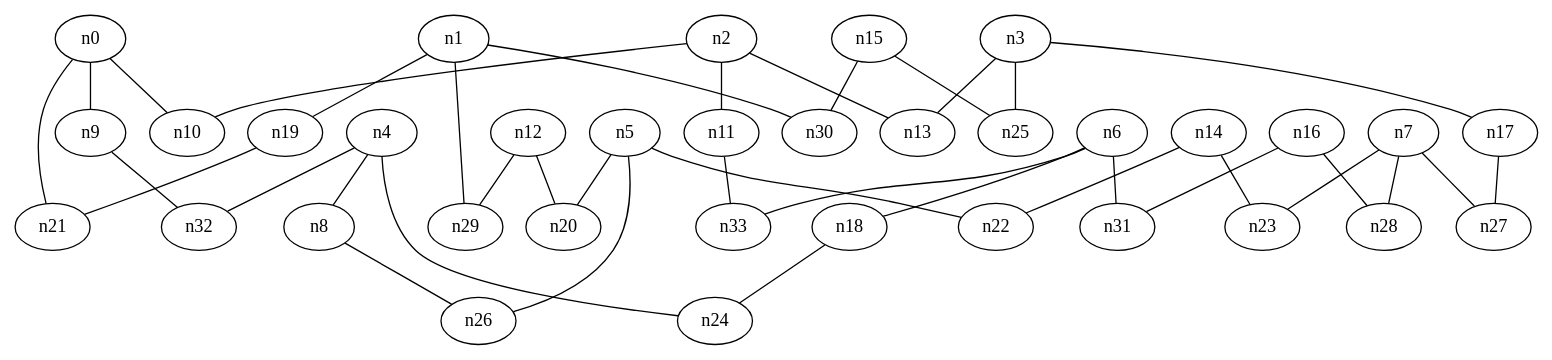
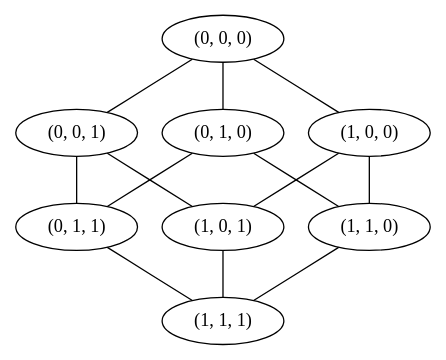
One commit to brendonu/spherical-mds changed the diagram in output_sphere.dot. Above: the diagram before and after it, drawn with Graphviz. The commit also changed 21 other files, not shown here.

```diff
--- a/output_sphere.dot
+++ b/output_sphere.dot
@@ -1,119 +1,30 @@
 strict graph "" {
-	graph [edge_default="{}",
-		node_default="{}"
-	];
-	n0	 [dim3pos="0.24912222517811086,-0.2990716829639484,-0.921137473654947",
-		pos="-9.824581520551899,5.40692164629644",
-		vertex_name="(0, 0, 0)"];
-	n9	 [dim3pos="-0.13599732686881416,0.4893242323921005,0.861432831205323",
-		pos="0.5327121213334638,14.408254047238728"];
-	n0 -- n9	 [id=e0];
-	n10	 [dim3pos="0.48075335898778887,-0.22414045667624602,-0.8477247569246295",
-		pos="-3.70070788362103,12.130104110622867"];
-	n0 -- n10	 [id=e1];
-	n21	 [dim3pos="-0.020625585117059777,0.02582507958138737,0.9994536760166496",
-		pos="0.033056731102192496,-4.038462641688265"];
-	n0 -- n21	 [id=e2];
-	n1	 [dim3pos="0.4361042139610057,-0.4740073700510341,0.7649379894493118",
-		pos="-0.6998512760115412,8.5977571372073",
-		vertex_name="(0, 0, 1)"];
-	n19	 [dim3pos="0.20914743614163606,-0.2631997288878523,0.9417978831303144",
-		pos="-0.34285748629130813,8.525442009627016"];
-	n1 -- n19	 [id=e23];
-	n29	 [dim3pos="-0.22202873942535323,0.7722922821647095,-0.5952040572593682",
-		pos="10.358054725816194,11.275517781257387"];
-	n1 -- n29	 [id=e3];
-	n30	 [dim3pos="0.6492717114147807,-0.2215600990754594,0.7275694930755373",
-		pos="-13.32239451641809,2.812739442877779"];
-	n1 -- n30	 [id=e4];
-	n2	 [dim3pos="0.5797272768399427,0.022217625477549727,-0.8145076191208305",
-		pos="-3.760509000663995,0.03830552496470252",
-		vertex_name="(0, 1, 0)"];
-	n2 -- n10	 [id=e14];
-	n11	 [dim3pos="0.8059326206131584,0.18556552166028165,-0.5621726142409949",
-		pos="-4.1153784790235095,6.509490574632997"];
-	n2 -- n11	 [id=e5];
-	n13	 [dim3pos="0.2938334032288958,0.10817928224507464,-0.9497153121014031",
-		pos="-9.743248860117117,0.35276523960291895"];
-	n2 -- n13	 [id=e6];
-	n3	 [dim3pos="-0.019836740859199533,-0.013020395263324264,-0.9997184468735544",
-		pos="15.731693684694774,0.5808456400960873",
-		vertex_name="(0, 1, 1)"];
-	n3 -- n13	 [id=e17];
-	n17	 [dim3pos="0.05974200219713707,0.09088343239844751,0.9940679528527987",
-		pos="-0.10897633969194924,4.130865847357839"];
-	n3 -- n17	 [id=e7];
-	n25	 [dim3pos="0.3145196010044266,0.12485673494731463,0.9410038343823645",
-		pos="5.937973604519765,3.519489423868963"];
-	n3 -- n25	 [id=e29];
-	n4	 [dim3pos="-0.32896013930432705,-0.43232281727883887,-0.8395726343854744",
-		pos="8.850477690624542,-2.221245376984263",
-		vertex_name="(1, 0, 0)"];
-	n8	 [dim3pos="-0.16185281943002144,-0.13251571718072497,-0.9778769091979987",
-		pos="9.214040458926966,3.8276576863735516"];
-	n4 -- n8	 [id=e8];
-	n24	 [dim3pos="-0.6184798226046324,-0.4575829027691288,-0.6388275167244445",
-		pos="-4.019415672897385,10.061751992052939"];
-	n4 -- n24	 [id=e9];
-	n32	 [dim3pos="0.10271379877792075,0.5343876941968413,0.8389753678336402",
-		pos="0.5753987752743595,-4.902281506479257"];
-	n4 -- n32	 [id=e36];
-	n5	 [dim3pos="0.4613326071352541,0.15970461693386648,-0.87273516081558",
-		pos="-2.6315735075311233,3.474861268007184",
-		vertex_name="(1, 0, 1)"];
-	n20	 [dim3pos="0.5639583120729921,0.45008304793298165,-0.6923700399404491",
-		pos="16.513991011659915,3.81516089862294"];
-	n5 -- n20	 [id=e24];
-	n22	 [dim3pos="-0.5240601865089345,0.07495200687864924,0.8483767545030236",
-		pos="-25.690626076658816,6.141126937743593"];
-	n5 -- n22	 [id=e10];
-	n26	 [dim3pos="-0.11481728955416169,-0.06537846112201592,0.9912328923319448",
-		pos="18.717042163273327,0.517625389421111"];
-	n5 -- n26	 [id=e30];
-	n6	 [dim3pos="-0.5475058983421688,0.7874509153383896,-0.2831224950675363",
-		pos="8.14102989225349,-4.1048318158535455",
-		vertex_name="(1, 1, 0)"];
-	n18	 [dim3pos="0.9044369624765205,0.16386503929158952,0.39388073043017835",
-		pos="-5.117238806151077,6.462420068175046"];
-	n6 -- n18	 [id=e22];
-	n31	 [dim3pos="-0.3777929683904961,0.7054874665090923,-0.5996331442084235",
-		pos="-16.63571697687589,-4.220741440698239"];
-	n6 -- n31	 [id=e11];
-	n33	 [dim3pos="-0.7177838641429862,-0.6365366528230647,0.2821478583806231",
-		pos="-4.998421174423589,10.150256812291033"];
-	n6 -- n33	 [id=e37];
-	n7	 [dim3pos="0.025446384739706313,-0.12050510716159958,-0.9923865177699918",
-		pos="-3.018116641796877,1.7789034472131644",
-		vertex_name="(1, 1, 1)"];
-	n23	 [dim3pos="0.1861144662235627,-0.28916602429494,-0.9390124684240229",
-		pos="-2.790543572614547,-4.140508408532179"];
-	n7 -- n23	 [id=e27];
-	n27	 [dim3pos="0.0274086184406788,0.15223502715252854,0.9879642018530035",
-		pos="-6.4384915809975745,-1.748929435607782"];
-	n7 -- n27	 [id=e31];
-	n28	 [dim3pos="-0.07212884165312498,0.2097841446305299,-0.9750836081400484",
-		pos="9.20107925262438,8.185143965432285"];
-	n7 -- n28	 [id=e32];
-	n8 -- n26	 [id=e12];
-	n9 -- n32	 [id=e13];
-	n11 -- n33	 [id=e15];
-	n12	 [dim3pos="0.2914343936116615,0.7708455990222883,-0.5664477528317793",
-		pos="-2.1729852952726607,-8.215441996523202"];
-	n12 -- n20	 [id=e16];
-	n12 -- n29	 [id=e33];
-	n14	 [dim3pos="-0.3919911417370287,0.2703671276506442,0.8793432555524839",
-		pos="-0.49631505672228193,-0.6037984459411203"];
-	n14 -- n22	 [id=e26];
-	n14 -- n23	 [id=e18];
-	n15	 [dim3pos="0.5678706520488638,0.06075997142645581,0.820872187623539",
-		pos="5.675325501849758,3.2481832783143525"];
-	n15 -- n25	 [id=e19];
-	n15 -- n30	 [id=e34];
-	n16	 [dim3pos="-0.2210734872978858,0.5001383703165694,-0.8372503351752315",
-		pos="-10.003339061117982,8.270183495577163"];
-	n16 -- n28	 [id=e20];
-	n16 -- n31	 [id=e35];
-	n17 -- n27	 [id=e21];
-	n18 -- n24	 [id=e28];
-	n19 -- n21	 [id=e25];
+	"(0, 0, 0)"	[dim3pos="0.11101613810394974,0.07136420398659737,-0.9912530289839442",
+		pos="3.0092313871483167,0.5713163612160196"];
+	"(0, 0, 1)"	[dim3pos="0.9286804356506925,0.3052235665810242,-0.21069224675625586",
+		pos="1.783079375413271,0.3175420314677639"];
+	"(0, 0, 0)" -- "(0, 0, 1)";
+	"(0, 1, 0)"	[dim3pos="0.39559860578910677,-0.23449918096631475,0.8879819126670556",
+		pos="5.805327077745945,2.606505924998452"];
+	"(0, 0, 0)" -- "(0, 1, 0)";
+	"(1, 0, 0)"	[dim3pos="0.05317972725404742,-0.38228707202017415,-0.9225120655988339",
+		pos="3.537849824092266,1.7090186871035076"];
+	"(0, 0, 0)" -- "(1, 0, 0)";
+	"(0, 1, 1)"	[dim3pos="-0.052909957054839675,0.3810537612310642,0.9230376847648822",
+		pos="0.3948931268247004,1.7087658510623616"];
+	"(0, 0, 1)" -- "(0, 1, 1)";
+	"(1, 0, 1)"	[dim3pos="-0.3964145113812655,0.2349994678508798,-0.8874856535607524",
+		pos="2.66265643640383,2.606474859757558"];
+	"(0, 0, 1)" -- "(1, 0, 1)";
+	"(0, 1, 0)" -- "(0, 1, 1)";
+	"(1, 1, 0)"	[dim3pos="-0.8973172563801683,-0.3878527946665065,0.21069397492986783",
+		pos="4.924673796861101,0.4079835798264111"];
+	"(0, 1, 0)" -- "(1, 1, 0)";
+	"(1, 1, 1)"	[dim3pos="-0.11074455274474351,-0.07122886713869096,0.9912931415698918",
+		pos="6.151128328978349,0.571567080111403"];
+	"(0, 1, 1)" -- "(1, 1, 1)";
+	"(1, 0, 0)" -- "(1, 0, 1)";
+	"(1, 0, 0)" -- "(1, 1, 0)";
+	"(1, 0, 1)" -- "(1, 1, 1)";
+	"(1, 1, 0)" -- "(1, 1, 1)";
 }
```
